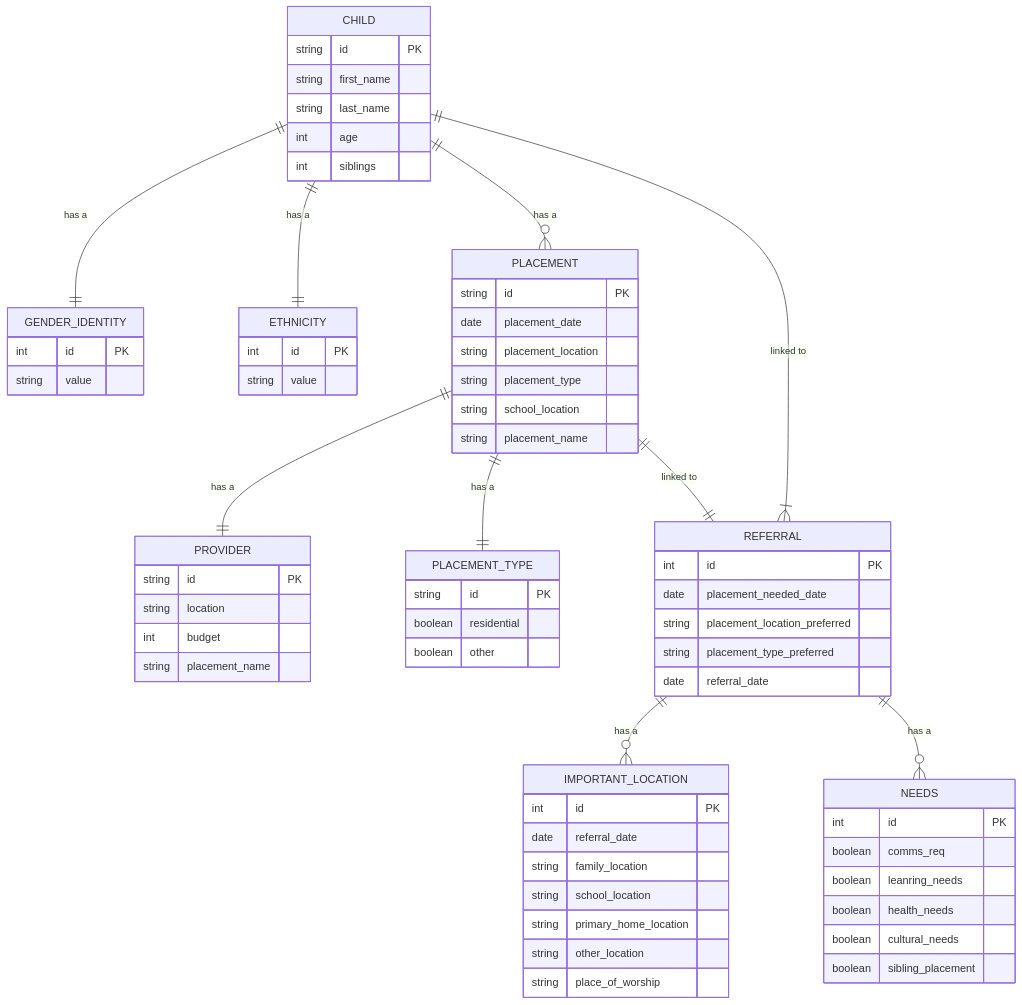
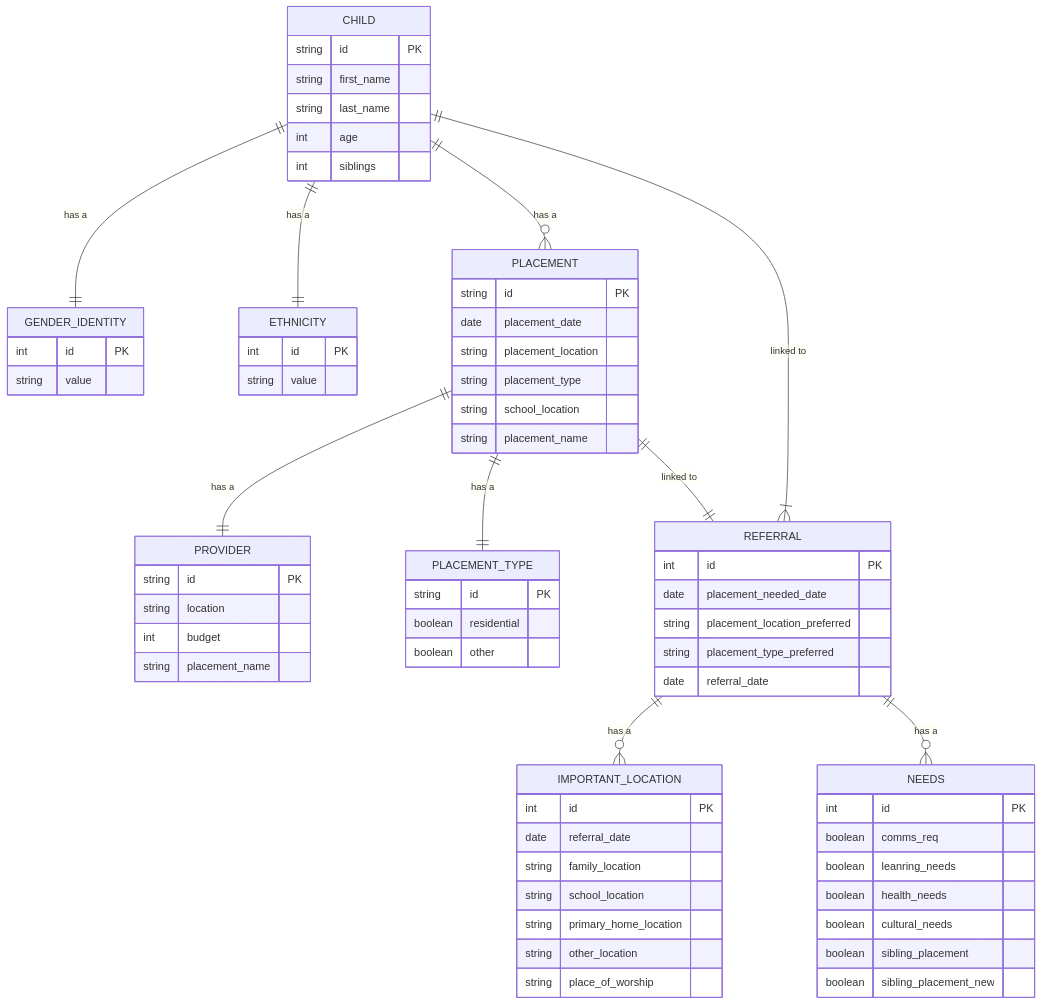
Before and after one commit to SocialFinanceDigitalLabs/sw-sufficiency-model: the diagram in README.md, drawn with Mermaid.

Commit message:
Update README.md
testing edit

````diff
--- a/README.md
+++ b/README.md
@@ -3,70 +3,71 @@
 ```mermaid
 erDiagram
     CHILD ||--|| GENDER_IDENTITY : "has a"
     CHILD ||--|| ETHNICITY : "has a"
     CHILD ||--o{ PLACEMENT : "has a"
     PLACEMENT ||--|| PROVIDER : "has a"
     PLACEMENT ||--|| PLACEMENT_TYPE: "has a"
     PLACEMENT ||--|| REFERRAL : "linked to"
     CHILD ||--|{ REFERRAL : "linked to"
     REFERRAL ||--o{ IMPORTANT_LOCATION : "has a"
     REFERRAL ||--o{ NEEDS : "has a"
     CHILD {
         string id PK
         string first_name
         string last_name
         int age
         int siblings
     }
     ETHNICITY {
         int id PK
         string value
     }
     GENDER_IDENTITY {
         int id PK
         string value
     }
     PLACEMENT {
         string id PK
         date placement_date
         string placement_location
         string placement_type
         string school_location
         string placement_name
     }
     PROVIDER {
         string id PK
         string location
         int budget
         string placement_name
     }
     PLACEMENT_TYPE {
         string id PK
         boolean residential
         boolean other    
     }
     REFERRAL {
         int id PK
         date placement_needed_date
         string placement_location_preferred
         string placement_type_preferred
         date referral_date
     }
     IMPORTANT_LOCATION {
         int id PK
         date referral_date
         string family_location
         string school_location
         string primary_home_location
         string other_location
         string place_of_worship
     }
     NEEDS {
         int id PK
         boolean comms_req
         boolean leanring_needs
         boolean health_needs
         boolean cultural_needs
         boolean sibling_placement
+        boolean sibling_placement_new
     }
 ```
````
